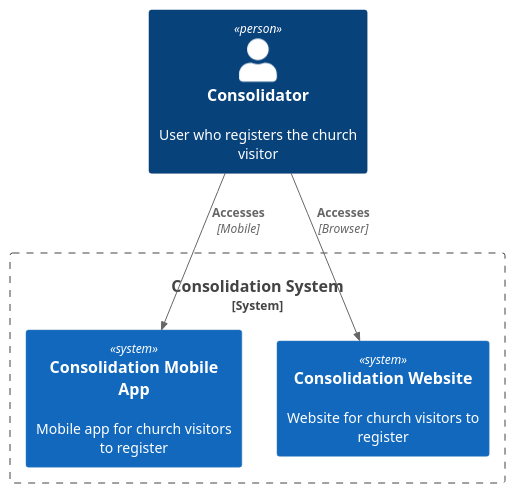
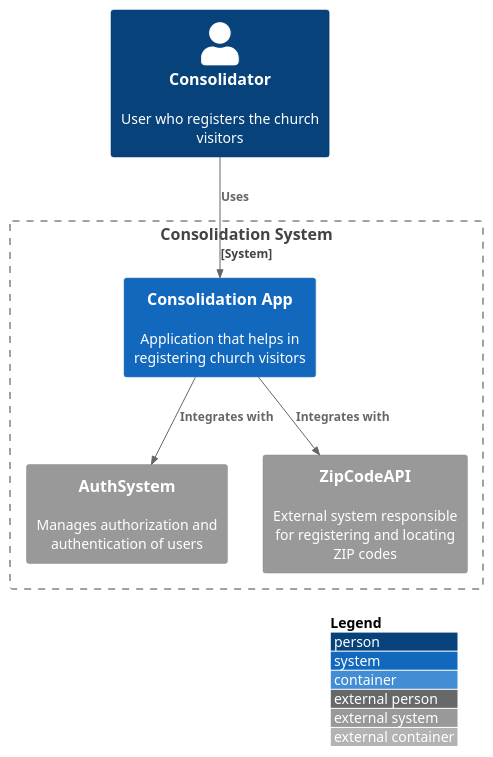
Before and after one commit to TheLe0/C4-model: the diagram in plantUML/Context.puml, drawn with PlantUML. The commit also changed 1 other file, not shown here.

```diff
--- a/plantUML/Context.puml
+++ b/plantUML/Context.puml
@@ -1,12 +1,20 @@
 @startuml Context
 !include https://raw.githubusercontent.com/plantuml-stdlib/C4-PlantUML/master/C4_Container.puml
 
-Person(consolidator, "Consolidator", "User who registers the church visitor")
-System_Boundary(cl, "Consolidation System") {
-    System(mobile, "Consolidation Mobile App", "Mobile app for church visitors to register")
-    System(web, "Consolidation Website", "Website for church visitors to register")
+Person(consolidator, "Consolidator", "User who registers the church visitors")
+
+System_Boundary(consolidation_system, "Consolidation System") {
+    System(consolidation_app, "Consolidation App", "Application that helps in registering church visitors")
+
+    System_Ext(auth_system, "AuthSystem", "Manages authorization and authentication of users")
+    System_Ext(zipcode_api, "ZipCodeAPI", "External system responsible for registering and locating ZIP codes")
+
+    Rel(consolidation_app, auth_system, "Integrates with")
+    Rel(consolidation_app, zipcode_api, "Integrates with")
 }
 
-Rel(consolidator, web, "Accesses", "Browser")
-Rel(consolidator, mobile, "Accesses", "Mobile")
+Rel(consolidator, consolidation_app, "Uses")
+
+LAYOUT_WITH_LEGEND()
+
 @enduml
```
